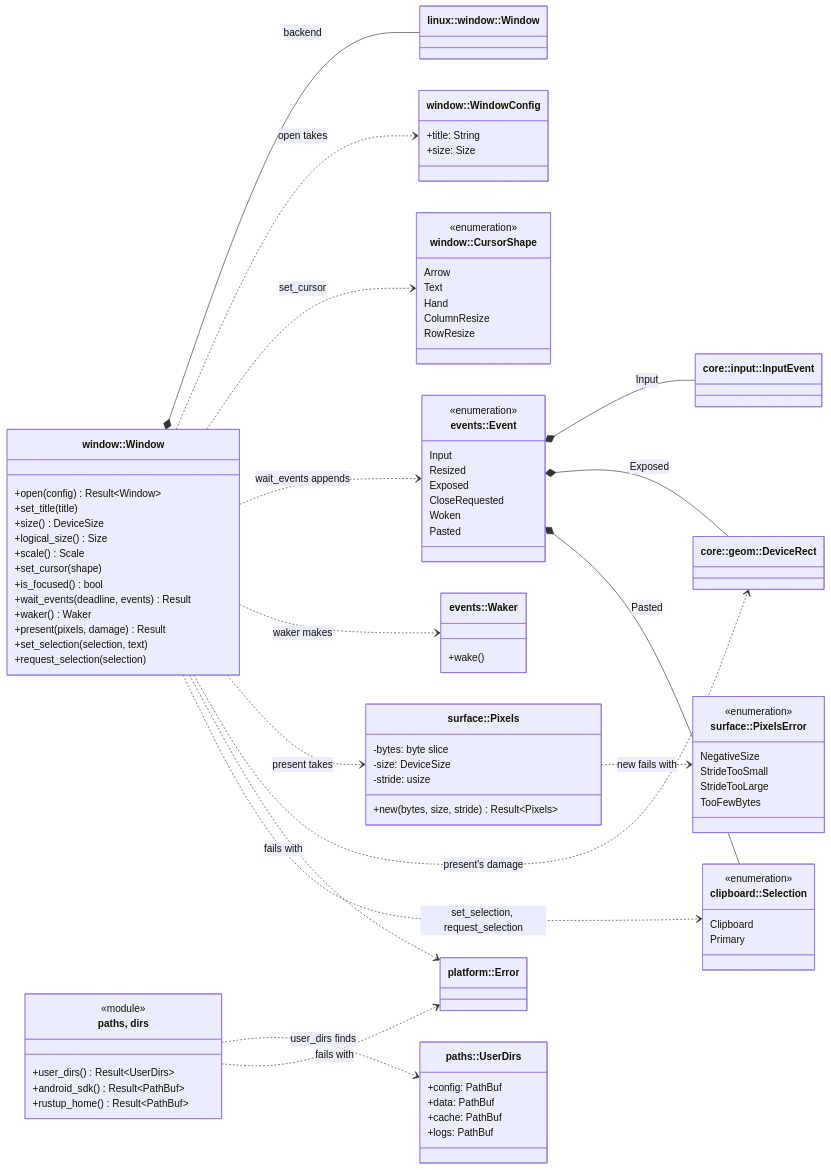
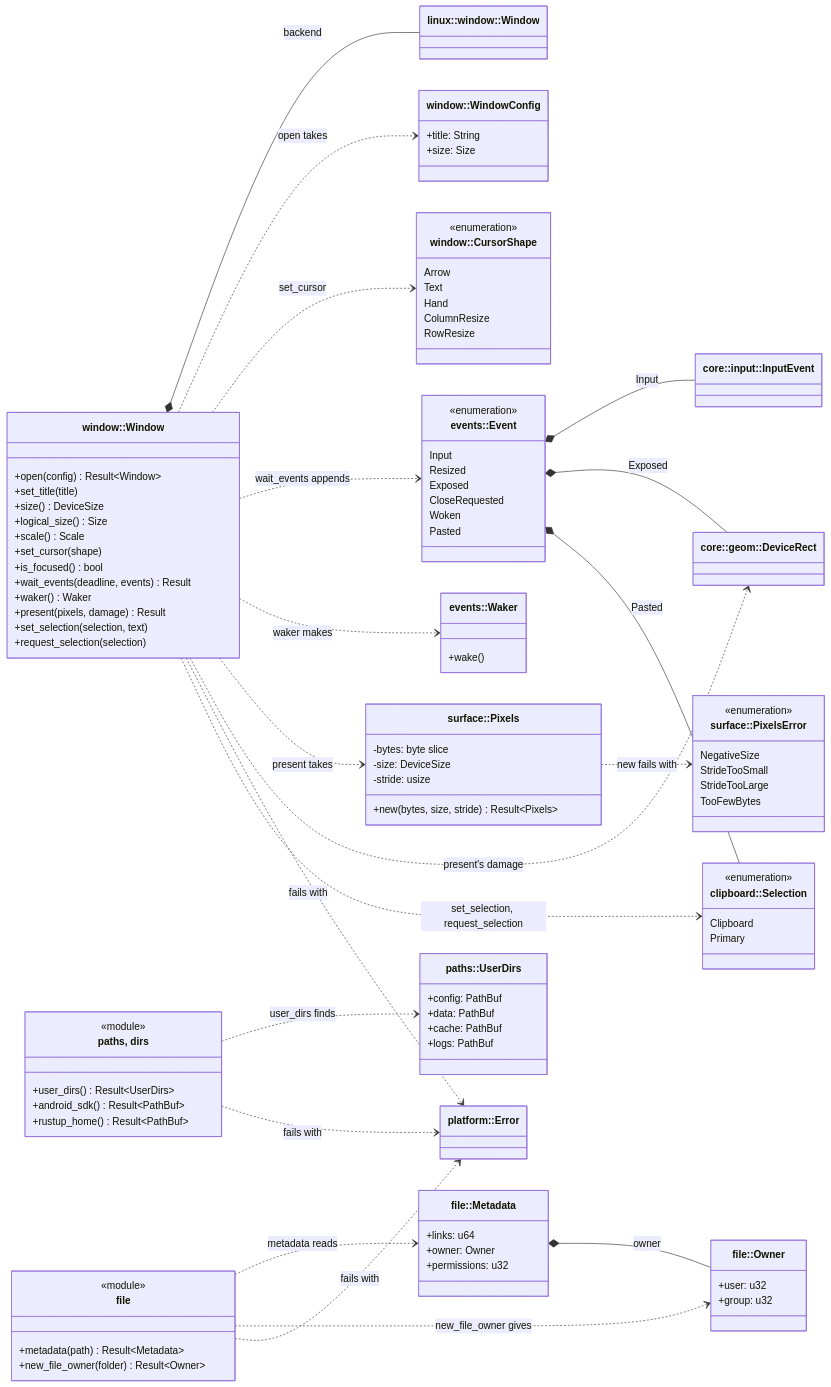
Before and after one commit to jabbott-iii/Tidepool: diagram 35 of 56 in diagrams/class-diagrams.md, drawn with Mermaid. The commit also changed other lines of this file and 28 other files, not shown here.

First line of the commit message:
feat(platform,sys): file metadata for saves (M4.10, ADR-0068)

````diff
--- a/diagrams/class-diagrams.md
+++ b/diagrams/class-diagrams.md
@@ -2815,6 +2823,20 @@
         +android_sdk() Result~PathBuf~
         +rustup_home() Result~PathBuf~
     }
+    class FileMod["file"] {
+        <<module>>
+        +metadata(path) Result~Metadata~
+        +new_file_owner(folder) Result~Owner~
+    }
+    class Metadata["file::Metadata"] {
+        +links: u64
+        +owner: Owner
+        +permissions: u32
+    }
+    class Owner["file::Owner"] {
+        +user: u32
+        +group: u32
+    }
     class Waker["events::Waker"] {
         +wake()
     }
@@ -2849,5 +2871,9 @@
     Event *-- Selection : Pasted
     Folders ..> UserDirs : user_dirs finds
     Folders ..> PlatformError : fails with
+    FileMod ..> Metadata : metadata reads
+    FileMod ..> Owner : new_file_owner gives
+    FileMod ..> PlatformError : fails with
+    Metadata *-- Owner : owner
     Pixels ..> PixelsError : new fails with
 ```
````
